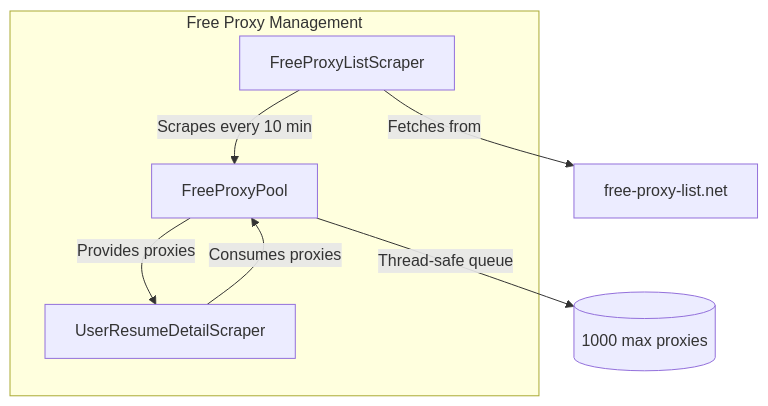
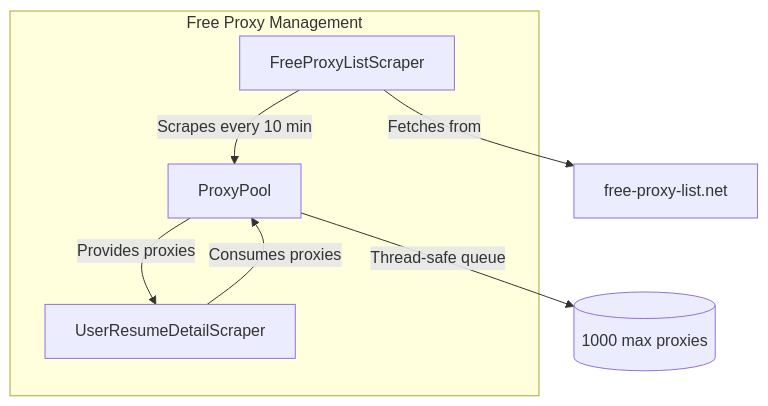
The second of 5 diagrams in docs/ARCHITECTURE.md (Resident234/job_board_scraper), drawn with Mermaid before and after one commit. The commit also changed other lines of this file and 5 other files, not shown here.

Commit message:
feat: refactor proxy management to use ProxyPool and update related classes

````diff
--- a/docs/ARCHITECTURE.md
+++ b/docs/ARCHITECTURE.md
@@ -76,11 +76,11 @@
 ```mermaid
 graph TB
     subgraph "Free Proxy Management"
-        FPL[FreeProxyListScraper] -->|Scrapes every 10 min| FPP[FreeProxyPool]
+        FPL[FreeProxyListScraper] -->|Scrapes every 10 min| FPP[ProxyPool]
         FPP -->|Provides proxies| URDS[UserResumeDetailScraper]
         URDS -->|Consumes proxies| FPP
     end
 
     FPL -->|Fetches from| FPLN[free-proxy-list.net]
     FPP -->|Thread-safe queue| Proxies[(1000 max proxies)]
 ```
````
